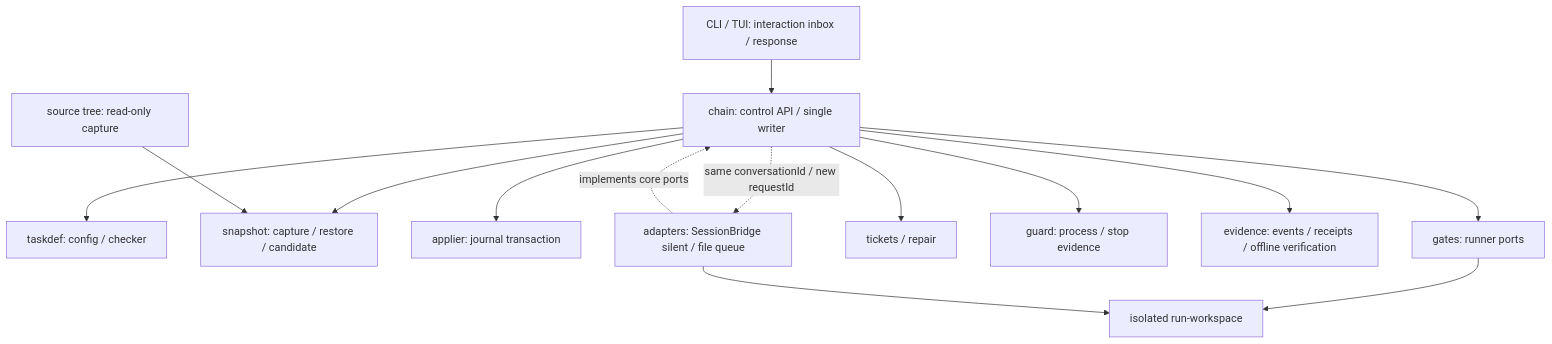
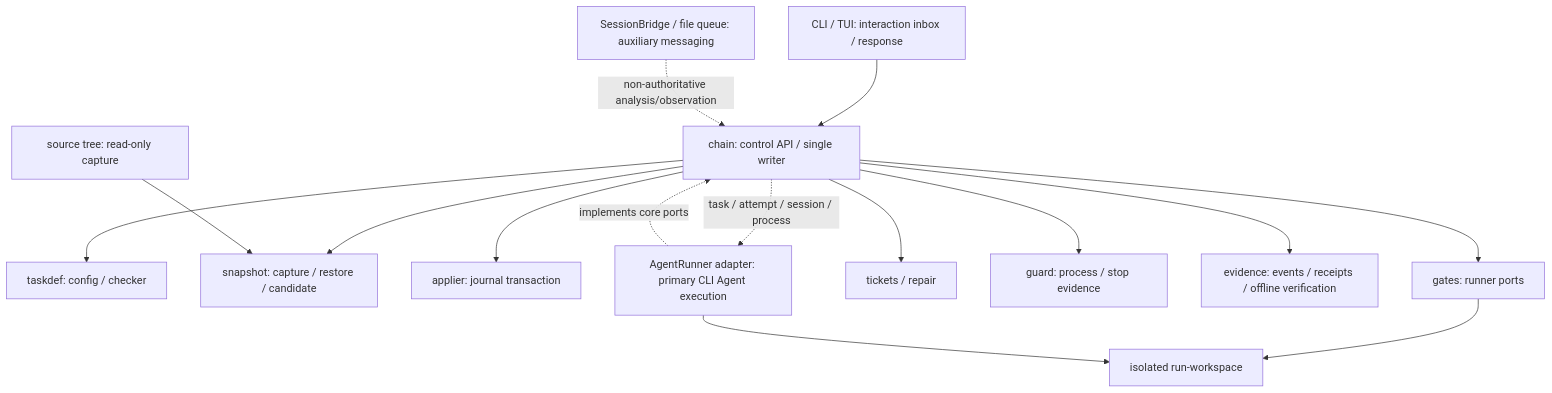
The diagram in docs/ARCHITECTURE_EN.md (larsonzh/prfrail), drawn with Mermaid before and after one commit. The commit also changed other lines of this file and 32 other files, not shown here.

Commit message:
docs: adopt AgentRunner formal execution and supervised black-box candidate

````diff
--- a/docs/ARCHITECTURE_EN.md
+++ b/docs/ARCHITECTURE_EN.md
@@ -13,16 +13,17 @@
 ```mermaid
 flowchart TD
   UI[CLI / TUI: interaction inbox / response] --> C[chain: control API / single writer]
   C --> D[taskdef: config / checker]
   C --> S[snapshot: capture / restore / candidate]
   C --> A[applier: journal transaction]
   C --> G[gates: runner ports]
   C --> T[tickets / repair]
   C --> W[guard: process / stop evidence]
   C --> E[evidence: events / receipts / offline verification]
-  AD[adapters: SessionBridge silent / file queue] -. implements core ports .-> C
-  C -. same conversationId / new requestId .-> AD
+  AR[AgentRunner adapter: primary CLI Agent execution] -. implements core ports .-> C
+  C -. task / attempt / session / process .-> AR
+  AUX[SessionBridge / file queue: auxiliary messaging] -. non-authoritative analysis/observation .-> C
   G --> R[isolated run-workspace]
-  AD --> R
+  AR --> R
   O[source tree: read-only capture] --> S
 ```
````
